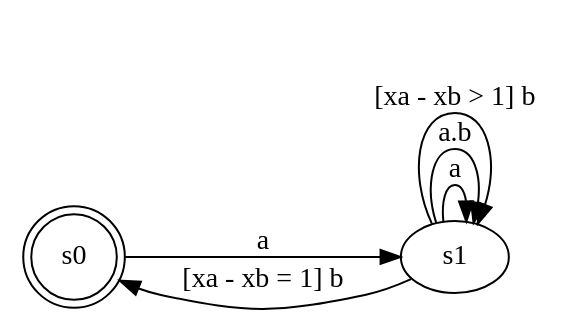
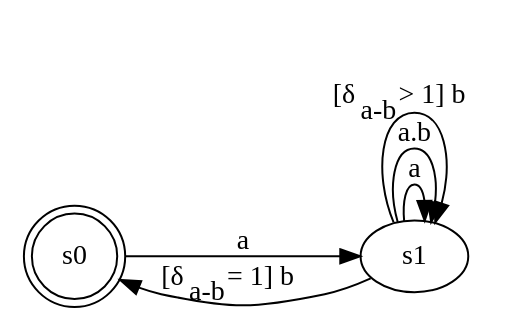
One commit to frederic-mallet/ccsl-sts changed the diagram in Examples/CCSL_Primitives/sts/prec.dot. Above: the diagram before and after it, drawn with Graphviz. The commit also changed 16 other files, not shown here.

```diff
--- a/Examples/CCSL_Primitives/sts/prec.dot
+++ b/Examples/CCSL_Primitives/sts/prec.dot
@@ -1,20 +1,19 @@
 digraph prec { 
-  rankdir="LR";
-  
-  s0 [shape= "doublecircle"];
+  rankdir="LR"
+  s0 [ shape="doublecircle" ]
   s0->s1 [
     label= "a"
   ] ;
   s1->s0 [
-    label= "[xa - xb = 1] b"
+    label= <[&delta;<sub>a-b</sub> = 1] b>
   ] ;
   s1->s1 [
     label= "a"
   ] ;
   s1->s1 [
     label= "a.b"
   ] ;
   s1->s1 [
-    label= "[xa - xb > 1] b"
+    label= <[&delta;<sub>a-b</sub> &gt; 1] b>
   ] ;
 }
```
